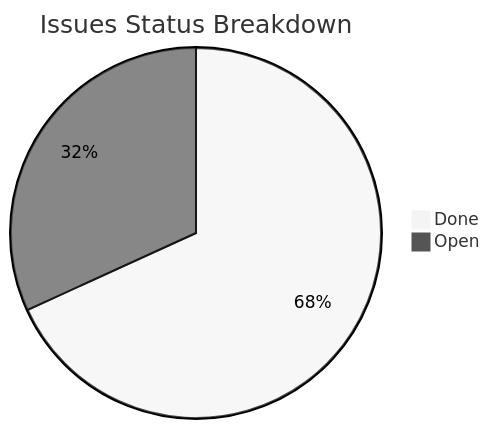
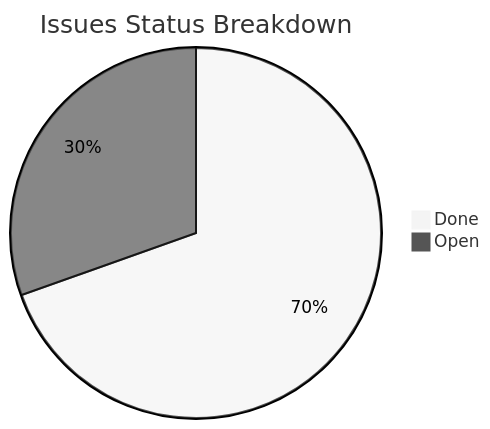
One commit to actdim/agents changed the diagram in .along/DASHBOARD.md. Above: the diagram before and after it, drawn with Mermaid (neutral theme). The commit also changed other lines of this file and 28 other files, not shown here.

````diff
--- a/.along/DASHBOARD.md
+++ b/.along/DASHBOARD.md
@@ -19,5 +19,5 @@
 ```mermaid
 pie title Issues Status Breakdown
-    "Done" : 15
+    "Done" : 16
     "Open" : 7
 ```
````
